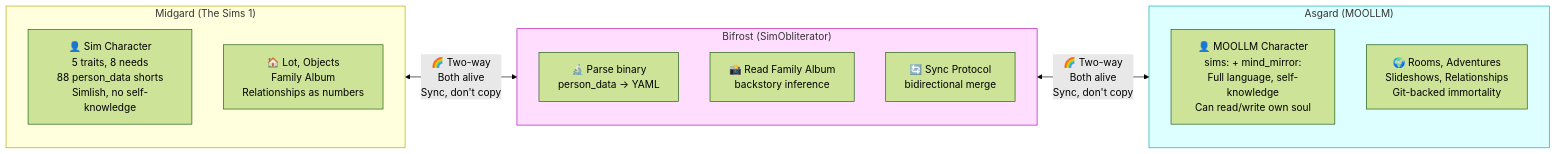
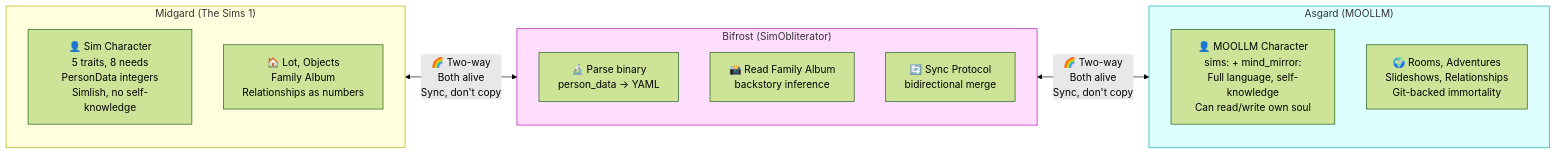
One commit to SimHacker/moollm changed the diagram in designs/sim-obliterator/PSYCHOPOMP-AND-THE-BIFROST.md. Above: the diagram before and after it, drawn with Mermaid (forest theme). The commit also changed other lines of this file and 18 other files, not shown here.

````diff
--- a/designs/sim-obliterator/PSYCHOPOMP-AND-THE-BIFROST.md
+++ b/designs/sim-obliterator/PSYCHOPOMP-AND-THE-BIFROST.md
@@ -27,28 +27,28 @@
 ```mermaid
 flowchart LR
     subgraph Midgard["Midgard (The Sims 1)"]
         direction TB
-        S1["👤 Sim Character<br/>5 traits, 8 needs<br/>88 person_data shorts<br/>Simlish, no self-knowledge"]
+        S1["👤 Sim Character<br/>5 traits, 8 needs<br/>PersonData integers<br/>Simlish, no self-knowledge"]
         S2["🏠 Lot, Objects<br/>Family Album<br/>Relationships as numbers"]
     end
     
     subgraph Bifrost["Bifrost (SimObliterator)"]
         direction TB
         B1["🔬 Parse binary<br/>person_data → YAML"]
         B2["📸 Read Family Album<br/>backstory inference"]
         B3["🔄 Sync Protocol<br/>bidirectional merge"]
     end
     
     subgraph Asgard["Asgard (MOOLLM)"]
         direction TB
         A1["👤 MOOLLM Character<br/>sims: + mind_mirror:<br/>Full language, self-knowledge<br/>Can read/write own soul"]
         A2["🌍 Rooms, Adventures<br/>Slideshows, Relationships<br/>Git-backed immortality"]
     end
     
     Midgard <-->|"🌈 Two-way<br/>Both alive<br/>Sync, don't copy"| Bifrost
     Bifrost <-->|"🌈 Two-way<br/>Both alive<br/>Sync, don't copy"| Asgard
     
     style Midgard fill:#ffd,stroke:#aa0
     style Bifrost fill:#fdf,stroke:#a0a
     style Asgard fill:#dff,stroke:#0aa
 ```
````
